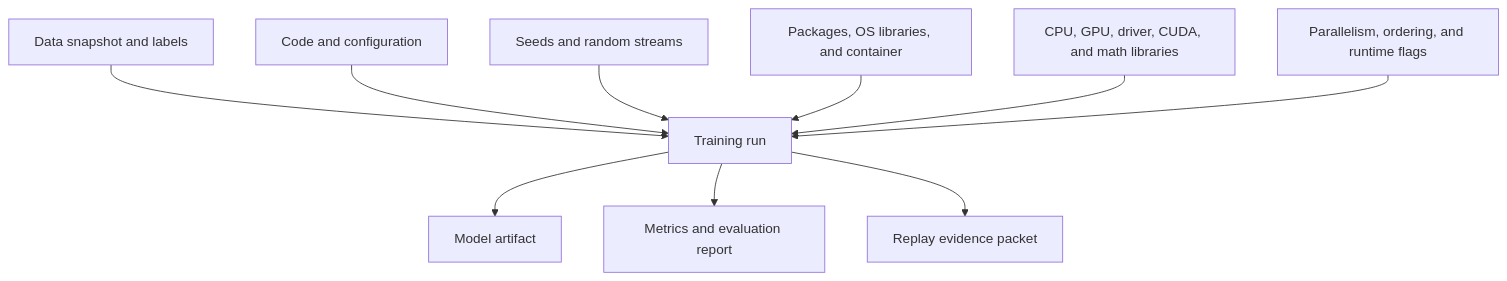
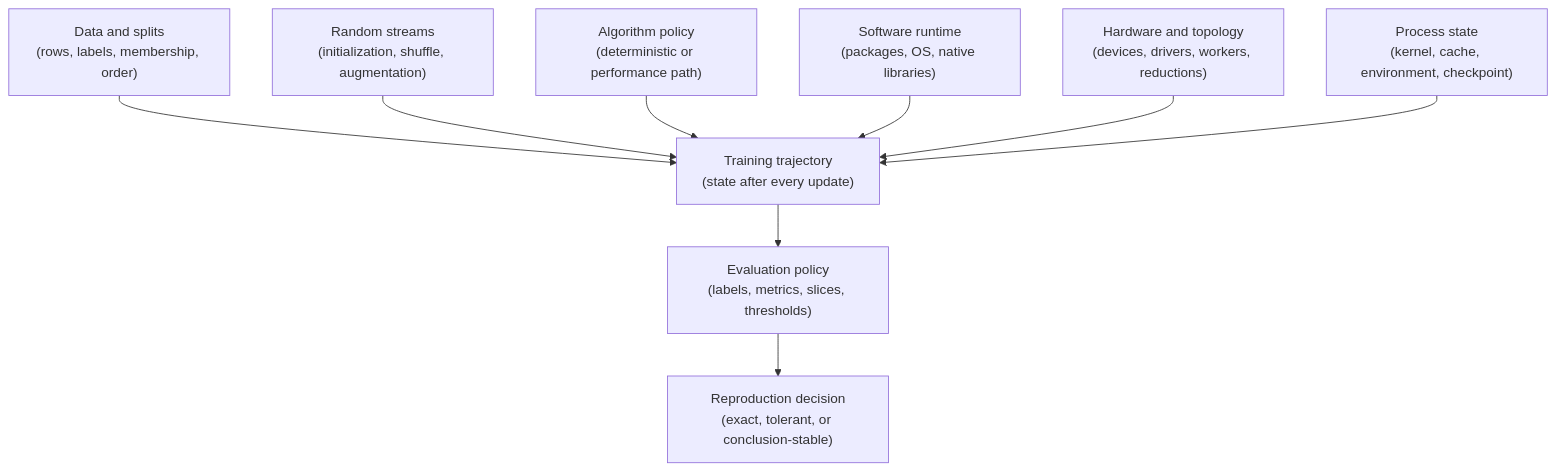
One commit to senlinyy/dev-roadmaps changed the first of 4 diagrams in roadmaps/mlops/modules/experiments-and-reproducibility/reproduction-problems/01-random-seeds-environment-dependency-drift.md. Above: the diagram before and after it, drawn with Mermaid. The commit also changed other lines of this file and 198 other files, not shown here.

````diff
--- a/roadmaps/mlops/modules/experiments-and-reproducibility/reproduction-problems/01-random-seeds-environment-dependency-drift.md
+++ b/roadmaps/mlops/modules/experiments-and-reproducibility/reproduction-problems/01-random-seeds-environment-dependency-drift.md
@@ -19,12 +43,11 @@
 ```mermaid
-flowchart TB
-    D["Data snapshot and labels"] --> R["Training run"]
-    C["Code and configuration"] --> R
-    S["Seeds and random streams"] --> R
-    E["Packages, OS libraries, and container"] --> R
-    H["CPU, GPU, driver, CUDA, and math libraries"] --> R
-    X["Parallelism, ordering, and runtime flags"] --> R
-    R --> M["Model artifact"]
-    R --> V["Metrics and evaluation report"]
-    R --> P["Replay evidence packet"]
+flowchart TD
+    A["Data and splits<br/>(rows, labels, membership, order)"] --> R["Training trajectory<br/>(state after every update)"]
+    B["Random streams<br/>(initialization, shuffle, augmentation)"] --> R
+    C["Algorithm policy<br/>(deterministic or performance path)"] --> R
+    D["Software runtime<br/>(packages, OS, native libraries)"] --> R
+    E["Hardware and topology<br/>(devices, drivers, workers, reductions)"] --> R
+    F["Process state<br/>(kernel, cache, environment, checkpoint)"] --> R
+    R --> G["Evaluation policy<br/>(labels, metrics, slices, thresholds)"]
+    G --> H["Reproduction decision<br/>(exact, tolerant, or conclusion-stable)"]
 ```
````
